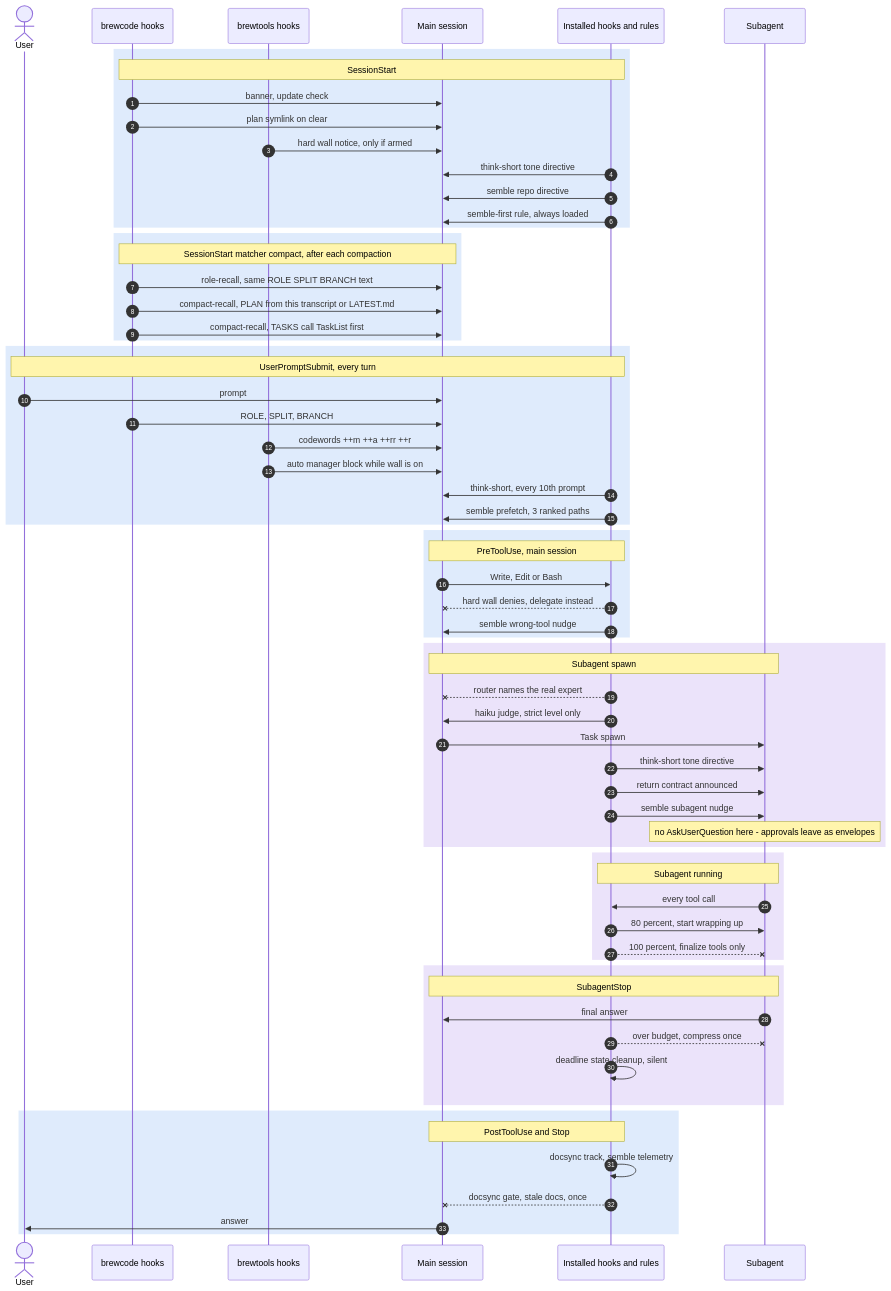
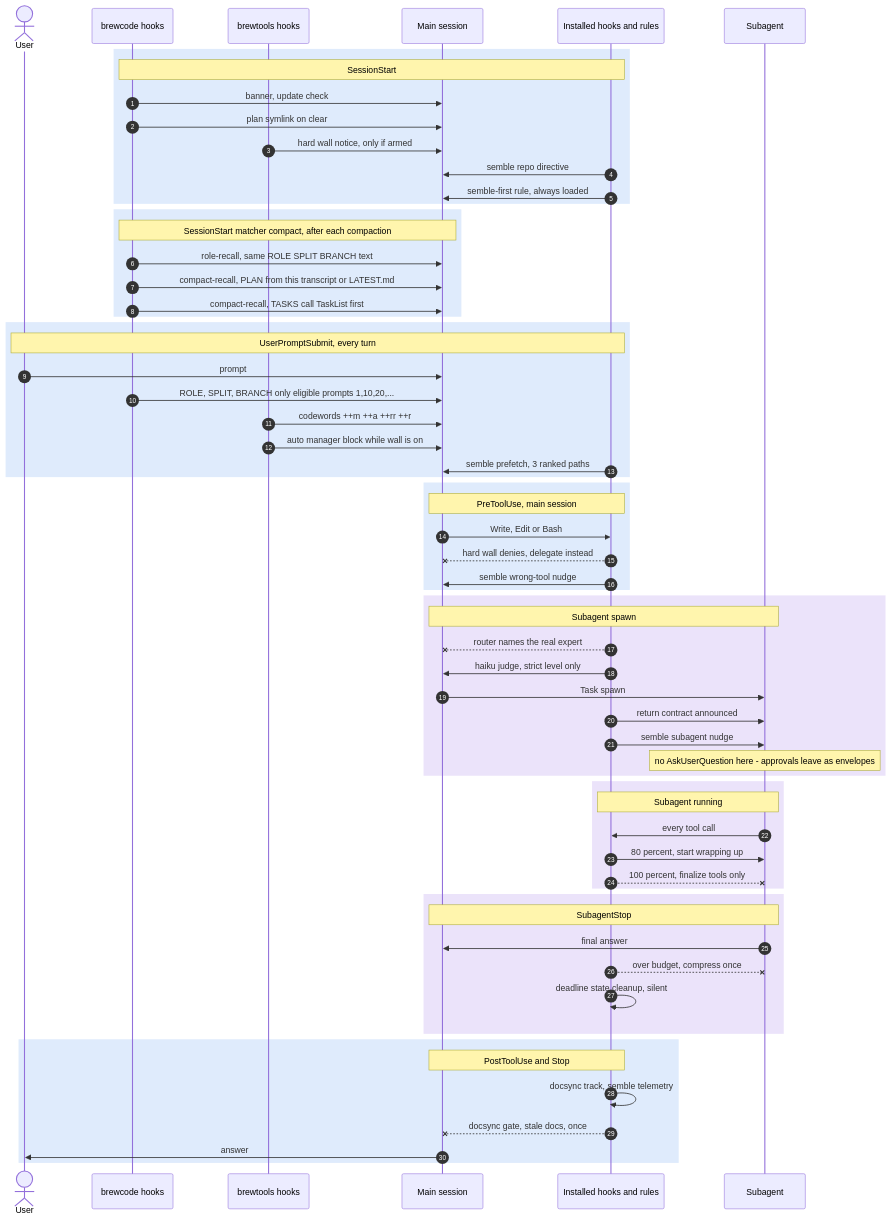
One commit to kochetkov-ma/claude-brewcode changed the second of 2 diagrams in APPROACHES.md. Above: the diagram before and after it, drawn with Mermaid. The commit also changed other lines of this file and 442 other files, not shown here.

````diff
--- a/APPROACHES.md
+++ b/APPROACHES.md
@@ -178,76 +176,73 @@
 ```mermaid
 sequenceDiagram
   autonumber
   actor U as User
   participant BC as brewcode hooks
   participant BT as brewtools hooks
   participant MS as Main session
   participant PH as Installed hooks and rules
   participant SA as Subagent
 
   rect rgba(31,111,235,0.14)
     Note over BC,PH: SessionStart
     BC->>MS: banner, update check
     BC->>MS: plan symlink on clear
     BT->>MS: hard wall notice, only if armed
-    PH->>MS: think-short tone directive
     PH->>MS: semble repo directive
     PH->>MS: semble-first rule, always loaded
   end
 
   rect rgba(31,111,235,0.14)
     Note over BC,MS: SessionStart matcher compact, after each compaction
     BC->>MS: role-recall, same ROLE SPLIT BRANCH text
     BC->>MS: compact-recall, PLAN from this transcript or LATEST.md
     BC->>MS: compact-recall, TASKS call TaskList first
   end
 
   rect rgba(31,111,235,0.14)
     Note over U,PH: UserPromptSubmit, every turn
     U->>MS: prompt
-    BC->>MS: ROLE, SPLIT, BRANCH
+    BC->>MS: ROLE, SPLIT, BRANCH only eligible prompts 1,10,20,...
     BT->>MS: codewords ++m ++a ++rr ++r
     BT->>MS: auto manager block while wall is on
-    PH->>MS: think-short, every 10th prompt
     PH->>MS: semble prefetch, 3 ranked paths
   end
 
   rect rgba(31,111,235,0.14)
     Note over MS,PH: PreToolUse, main session
     MS->>PH: Write, Edit or Bash
     PH--xMS: hard wall denies, delegate instead
     PH->>MS: semble wrong-tool nudge
   end
 
   rect rgba(130,80,223,0.16)
     Note over MS,SA: Subagent spawn
     PH--xMS: router names the real expert
     PH->>MS: haiku judge, strict level only
     MS->>SA: Task spawn
-    PH->>SA: think-short tone directive
     PH->>SA: return contract announced
     PH->>SA: semble subagent nudge
     Note over SA: no AskUserQuestion here - approvals leave as envelopes
   end
 
   rect rgba(130,80,223,0.16)
     Note over PH,SA: Subagent running
     SA->>PH: every tool call
     PH->>SA: 80 percent, start wrapping up
     PH--xSA: 100 percent, finalize tools only
   end
 
   rect rgba(130,80,223,0.16)
     Note over MS,SA: SubagentStop
     SA->>MS: final answer
     PH--xSA: over budget, compress once
     PH->>PH: deadline state cleanup, silent
   end
 
   rect rgba(31,111,235,0.14)
     Note over MS,PH: PostToolUse and Stop
     PH->>PH: docsync track, semble telemetry
     PH--xMS: docsync gate, stale docs, once
     MS->>U: answer
   end
 ```
````
